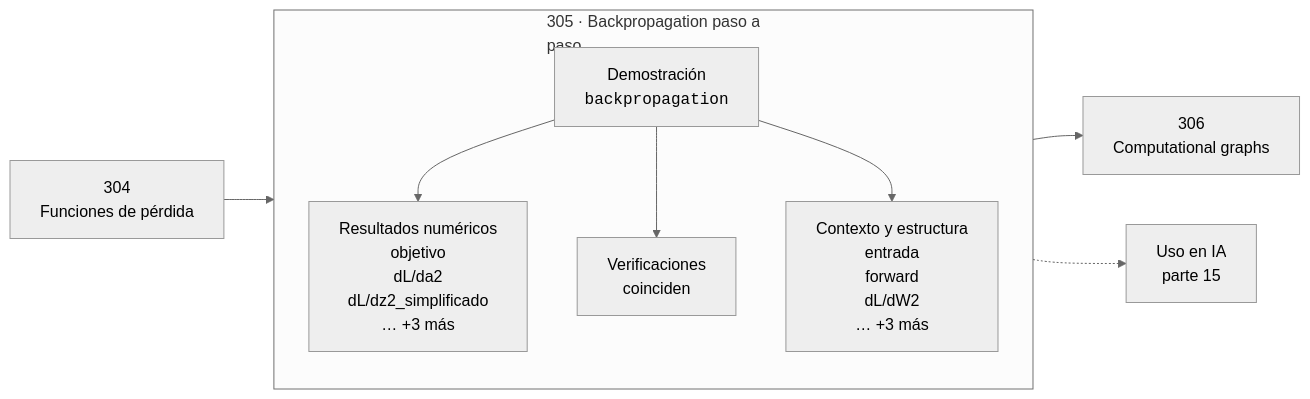
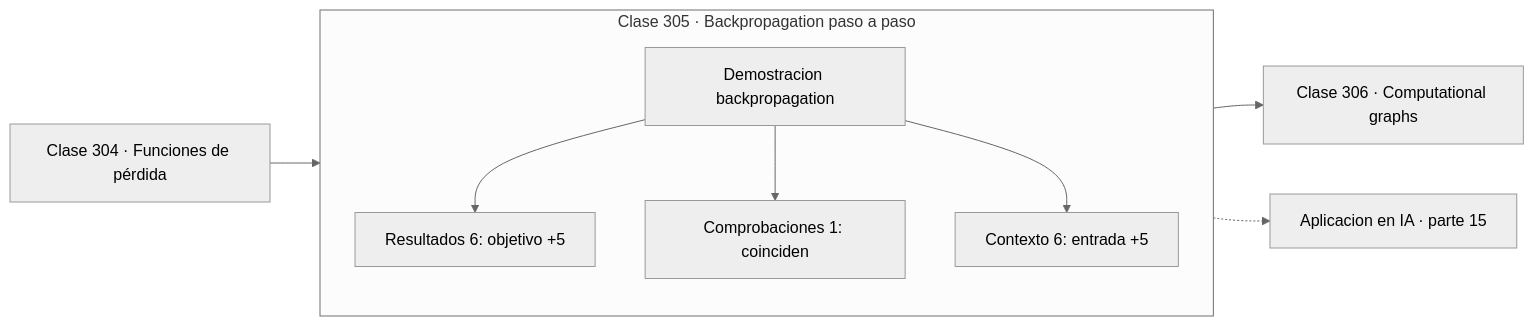
One commit to vladimiracunadev-create/computational-mathematics-program changed the diagram in classes/part-15-matematica-de-deep-learning/305-backpropagation-paso-a-paso/README.md. Above: the diagram before and after it, drawn with Mermaid (neutral theme). The commit also changed 389 other files, not shown here.

First line of the commit message:
fix(diagramas): elimina el HTML de las etiquetas Mermaid

````diff
--- a/classes/part-15-matematica-de-deep-learning/305-backpropagation-paso-a-paso/README.md
+++ b/classes/part-15-matematica-de-deep-learning/305-backpropagation-paso-a-paso/README.md
@@ -30,12 +30,13 @@
 ```mermaid
 flowchart LR
-    P["304<br/>Funciones de pérdida"] --> C
-    subgraph C["305 · Backpropagation paso a<br/>paso"]
+    P["Clase 304 · Funciones de pérdida"] --> D
+    subgraph CLASE["Clase 305 · Backpropagation paso a paso"]
         direction TB
-        D["Demostración<br/><code>backpropagation</code>"] --> R["Resultados numéricos<br/>objetivo<br/>dL/da2<br/>dL/dz2_simplificado<br/>… +3 más"]
-        D --> V["Verificaciones<br/>coinciden"]
-        D --> O["Contexto y estructura<br/>entrada<br/>forward<br/>dL/dW2<br/>… +3 más"]
+        D["Demostracion backpropagation"]
+        D --> R["Resultados 6: objetivo +5"]
+        D --> V["Comprobaciones 1: coinciden"]
+        D --> O["Contexto 6: entrada +5"]
     end
-    C --> N["306<br/>Computational graphs"]
-    C -.-> IA["Uso en IA<br/>parte 15"]
+    R --> N["Clase 306 · Computational graphs"]
+    V -.-> IA["Aplicacion en IA · parte 15"]
 ```
````
